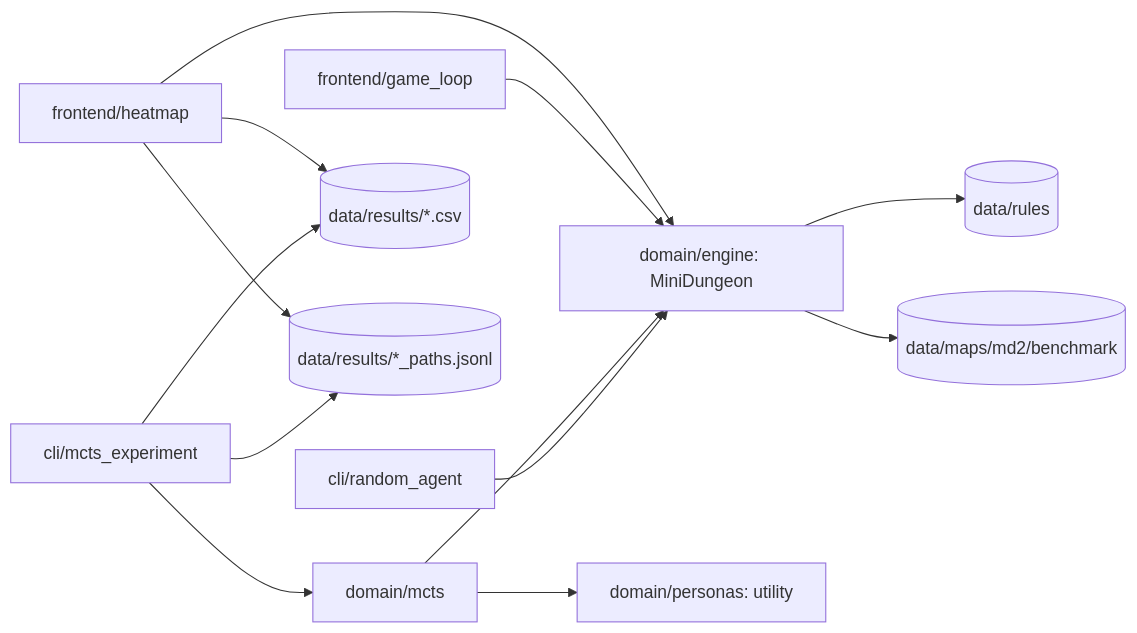
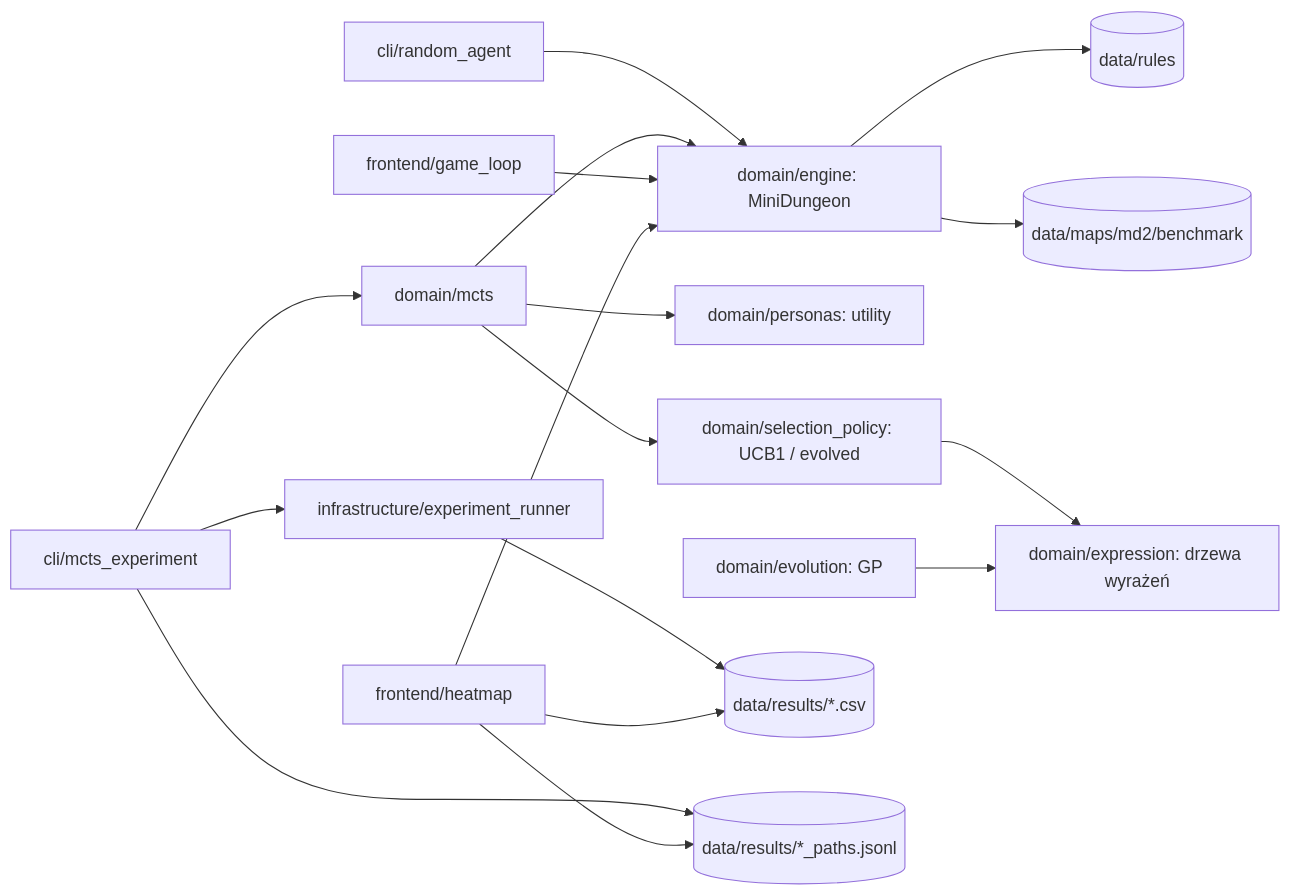
One commit to Urteusz/AutomatedPlaytestingMCTS changed the diagram in README.md. Above: the diagram before and after it, drawn with Mermaid. The commit also changed other lines of this file and 14 other files, not shown here.

Commit message:
feat: evolved tree policy with GP expression trees

````diff
--- a/README.md
+++ b/README.md
@@ -16,15 +18,19 @@
 ```mermaid
 flowchart LR
     Exp[cli/mcts_experiment] --> MCTS[domain/mcts]
+    Exp --> Run[infrastructure/experiment_runner]
     Rnd[cli/random_agent] --> Env
     MCTS --> Env[domain/engine: MiniDungeon]
     MCTS --> Pers[domain/personas: utility]
+    MCTS --> Pol[domain/selection_policy: UCB1 / evolved]
+    Pol --> Expr[domain/expression: drzewa wyrażeń]
+    Evo[domain/evolution: GP] --> Expr
     Env --> Rules[(data/rules)]
     Env --> Maps[(data/maps/md2/benchmark)]
-    Exp --> Results[(data/results/*.csv)]
+    Run --> Results[(data/results/*.csv)]
     Exp --> Traces[(data/results/*_paths.jsonl)]
     Play[frontend/game_loop] --> Env
     Heat[frontend/heatmap] --> Env
     Heat --> Traces
     Heat --> Results
 ```
````
